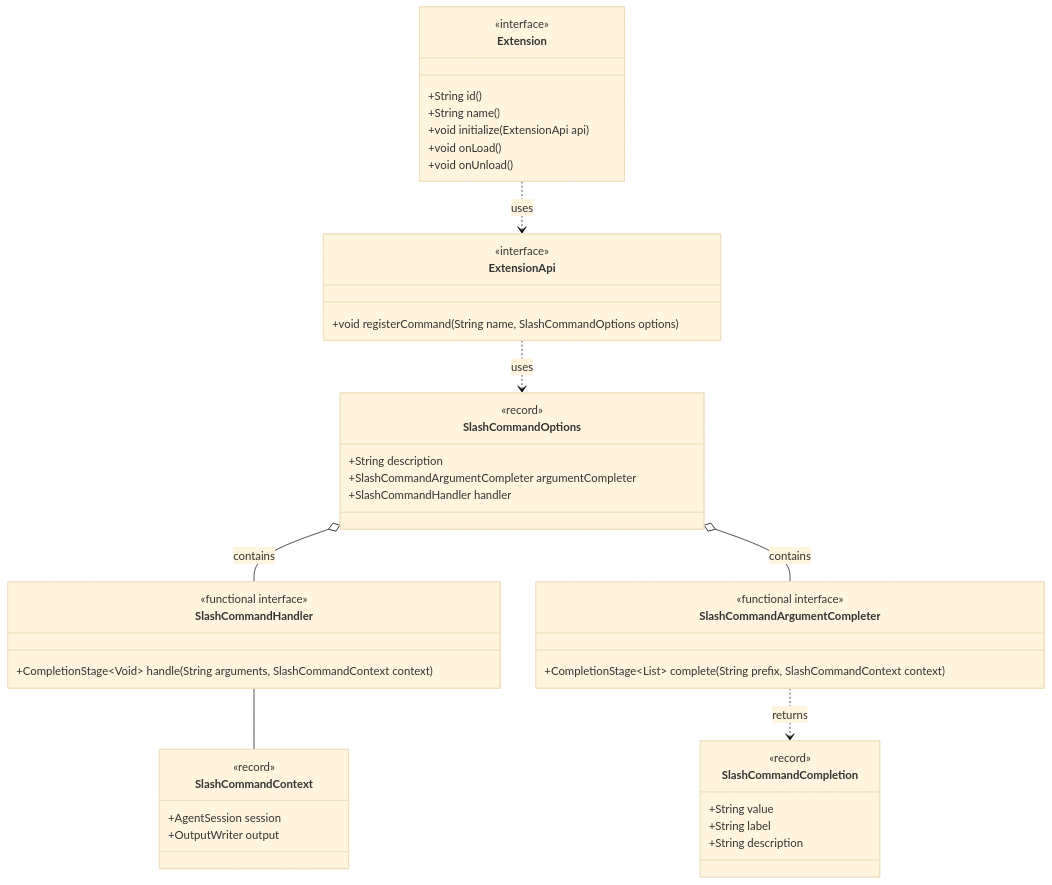
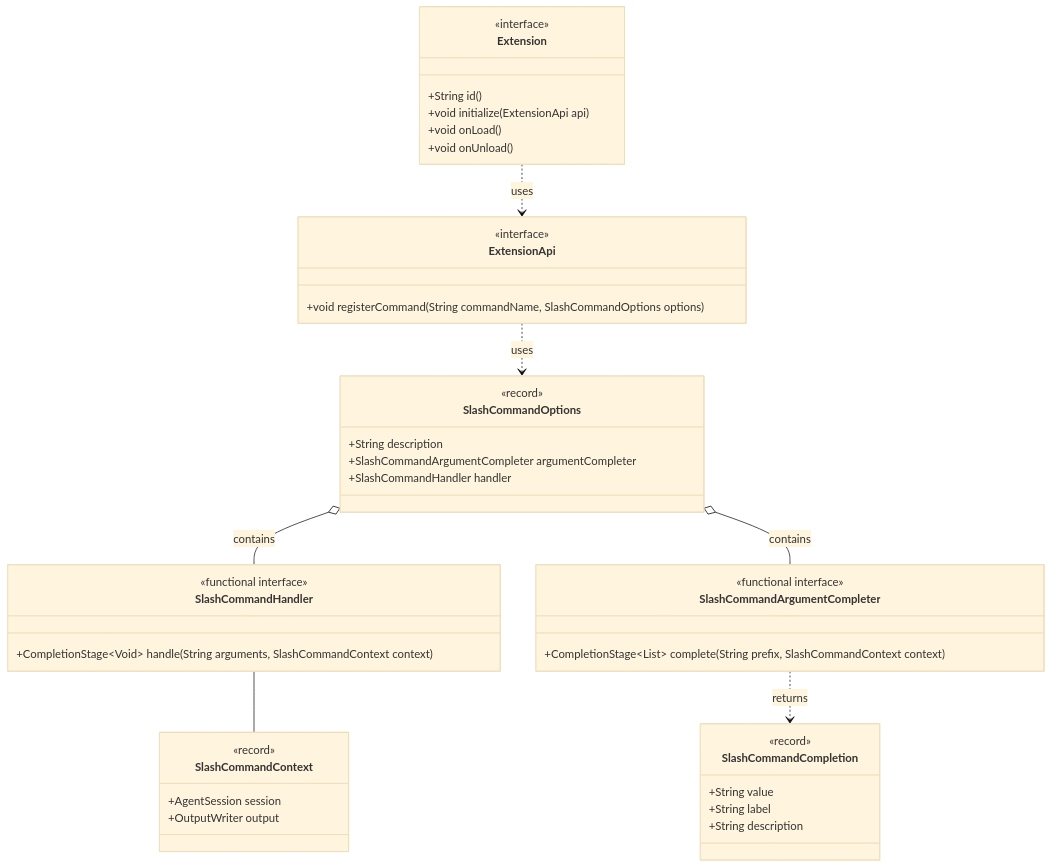
One commit to superheromeZzh/pi-mono-java-design changed the fourth of 20 diagrams in pi-mono-java-extension-command-SR设计.md. Above: the diagram before and after it, drawn with Mermaid. The commit also changed other lines of this file, not shown here.

Commit message:
docs: remove extension display name

````diff
--- a/pi-mono-java-extension-command-SR设计.md
+++ b/pi-mono-java-extension-command-SR设计.md
@@ -162,54 +162,53 @@
 ```mermaid
 %%{init: {"theme": "base", "themeCSS": ".edgePaths>path:nth-child(6){stroke:transparent!important;fill:none!important;}"}}%%
 classDiagram
     class Extension {
         <<interface>>
         +String id()
-        +String name()
         +void initialize(ExtensionApi api)
         +void onLoad()
         +void onUnload()
     }
 
     class ExtensionApi {
         <<interface>>
-        +void registerCommand(String name, SlashCommandOptions options)
+        +void registerCommand(String commandName, SlashCommandOptions options)
     }
 
     class SlashCommandOptions {
         <<record>>
         +String description
         +SlashCommandArgumentCompleter argumentCompleter
         +SlashCommandHandler handler
     }
 
     class SlashCommandHandler {
         <<functional interface>>
         +CompletionStage~Void~ handle(String arguments, SlashCommandContext context)
     }
 
     class SlashCommandArgumentCompleter {
         <<functional interface>>
         +CompletionStage~List~ complete(String prefix, SlashCommandContext context)
     }
 
     class SlashCommandCompletion {
         <<record>>
         +String value
         +String label
         +String description
     }
 
     class SlashCommandContext {
         <<record>>
         +AgentSession session
         +OutputWriter output
     }
 
     Extension ..> ExtensionApi : uses
     ExtensionApi ..> SlashCommandOptions : uses
     SlashCommandOptions o-- SlashCommandHandler : contains
     SlashCommandOptions o-- SlashCommandArgumentCompleter : contains
     SlashCommandArgumentCompleter ..> SlashCommandCompletion : returns
     SlashCommandHandler -- SlashCommandContext
 ```
````
